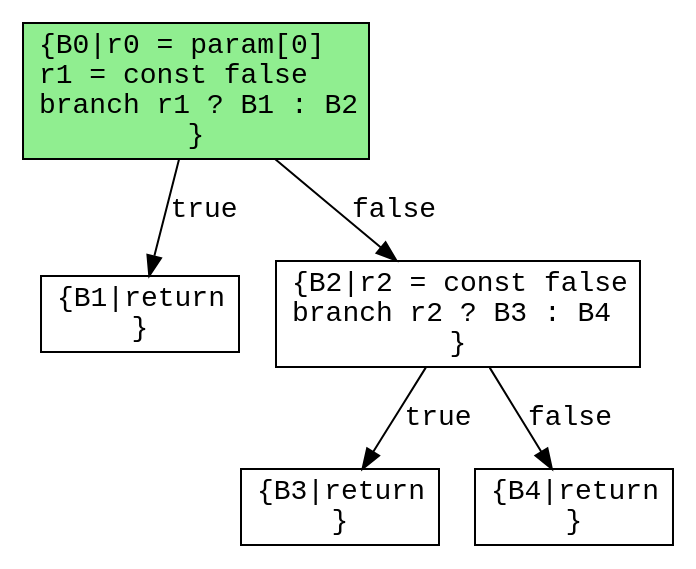
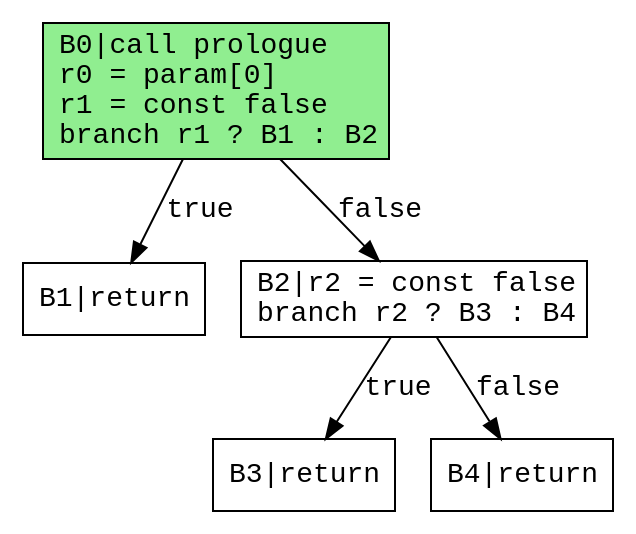
One commit to safarislava/ProcTranslator changed the diagram in output/return.dot. Above: the diagram before and after it, drawn with Graphviz. The commit also changed 22 other files, not shown here.

```diff
--- a/output/return.dot
+++ b/output/return.dot
@@ -1,16 +1,16 @@
 digraph CFG {
   rankdir=TB;
   node [shape=box, fontname="Courier"];
   edge [fontname="Courier"];
 
-  B0 [label="{B0|r0 = param[0]\lr1 = const false\lbranch r1 ? B1 : B2\l}"];
-  B1 [label="{B1|return\l}"];
-  B2 [label="{B2|r2 = const false\lbranch r2 ? B3 : B4\l}"];
-  B3 [label="{B3|return\l}"];
-  B4 [label="{B4|return\l}"];
+  B0 [label="B0|call prologue\lr0 = param[0]\lr1 = const false\lbranch r1 ? B1 : B2\l"];
+  B1 [label="B1|return\l"];
+  B2 [label="B2|r2 = const false\lbranch r2 ? B3 : B4\l"];
+  B3 [label="B3|return\l"];
+  B4 [label="B4|return\l"];
   B0 -> B1 [label="true"];
   B0 -> B2 [label="false"];
   B2 -> B3 [label="true"];
   B2 -> B4 [label="false"];
   B0 [style=filled, fillcolor=lightgreen];
 }
```
